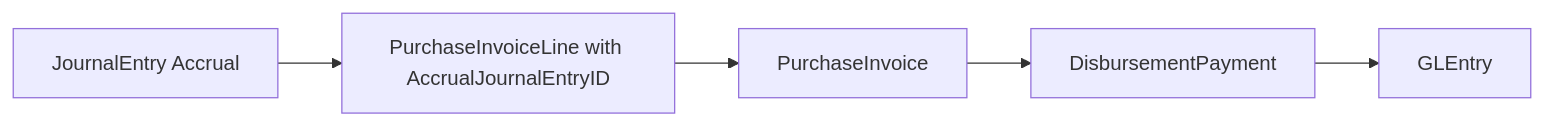
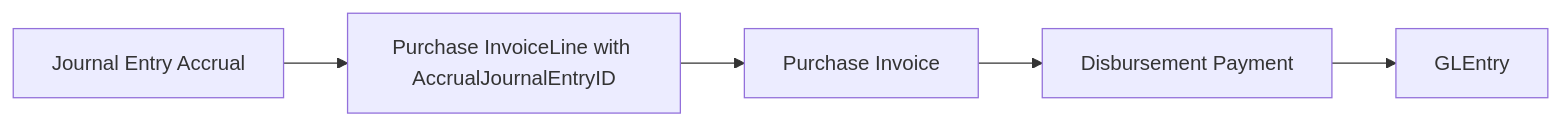
One commit to mmcodesso/greenfield_database changed the sixth of 7 diagrams in docs/processes/p2p.md. Above: the diagram before and after it, drawn with Mermaid. The commit also changed other lines of this file and 6 other files, not shown here.

````diff
--- a/docs/processes/p2p.md
+++ b/docs/processes/p2p.md
@@ -210,10 +204,10 @@
 ```mermaid
 flowchart LR
-    AC[JournalEntry Accrual]
-    PIL[PurchaseInvoiceLine with AccrualJournalEntryID]
-    PI[PurchaseInvoice]
-    DP[DisbursementPayment]
+    AC[Journal Entry Accrual]
+    PIL[Purchase InvoiceLine with AccrualJournalEntryID]
+    PI[Purchase Invoice]
+    DP[Disbursement Payment]
     GL[GLEntry]
 
     AC --> PIL --> PI --> DP --> GL
 ```
````
